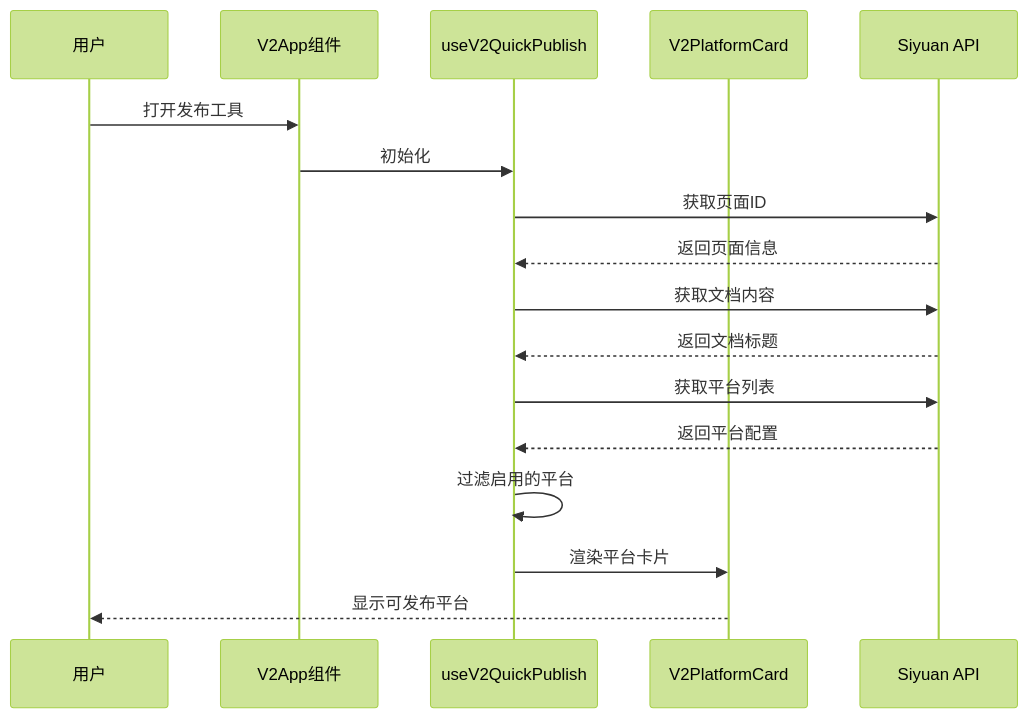
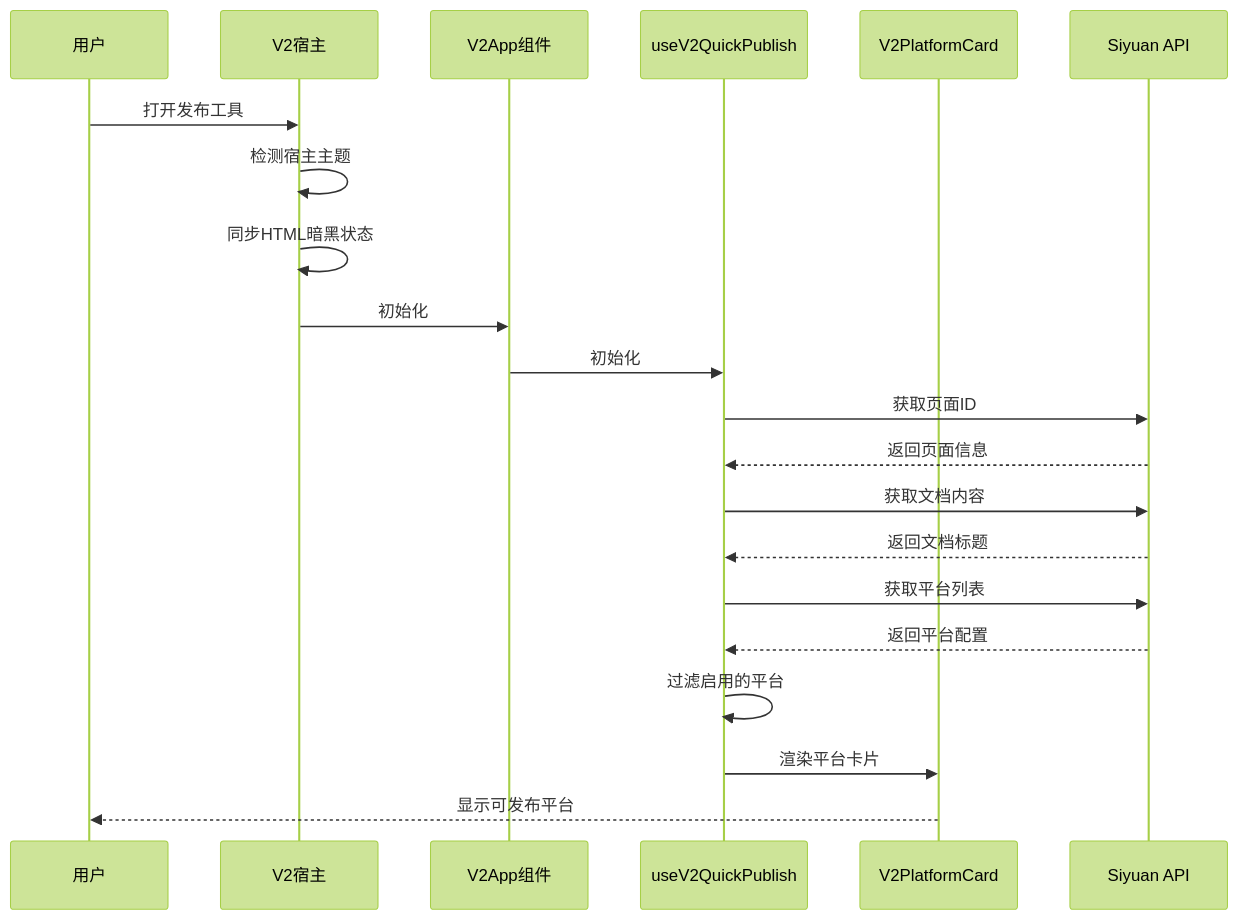
Before and after one commit to terwer/siyuan-plugin-publisher: the third of 13 diagrams in .qoder/repowiki/zh/content/用户界面组件/UI V2 设计原则.md, drawn with Mermaid (forest theme). The commit also changed other lines of this file and 19 other files, not shown here.

````diff
--- a/.qoder/repowiki/zh/content/用户界面组件/UI V2 设计原则.md
+++ b/.qoder/repowiki/zh/content/用户界面组件/UI V2 设计原则.md
@@ -137,19 +168,23 @@
 ```mermaid
 sequenceDiagram
 participant User as 用户
+participant V2Host as V2宿主
 participant V2App as V2App组件
 participant QuickPublish as useV2QuickPublish
 participant PlatformCard as V2PlatformCard
 participant API as Siyuan API
-User->>V2App : 打开发布工具
+User->>V2Host : 打开发布工具
+V2Host->>V2Host : 检测宿主主题
+V2Host->>V2Host : 同步HTML暗黑状态
+V2Host->>V2App : 初始化
 V2App->>QuickPublish : 初始化
 QuickPublish->>API : 获取页面ID
 API-->>QuickPublish : 返回页面信息
 QuickPublish->>API : 获取文档内容
 API-->>QuickPublish : 返回文档标题
 QuickPublish->>API : 获取平台列表
 API-->>QuickPublish : 返回平台配置
 QuickPublish->>QuickPublish : 过滤启用的平台
 QuickPublish->>PlatformCard : 渲染平台卡片
 PlatformCard-->>User : 显示可发布平台
 ```
````
